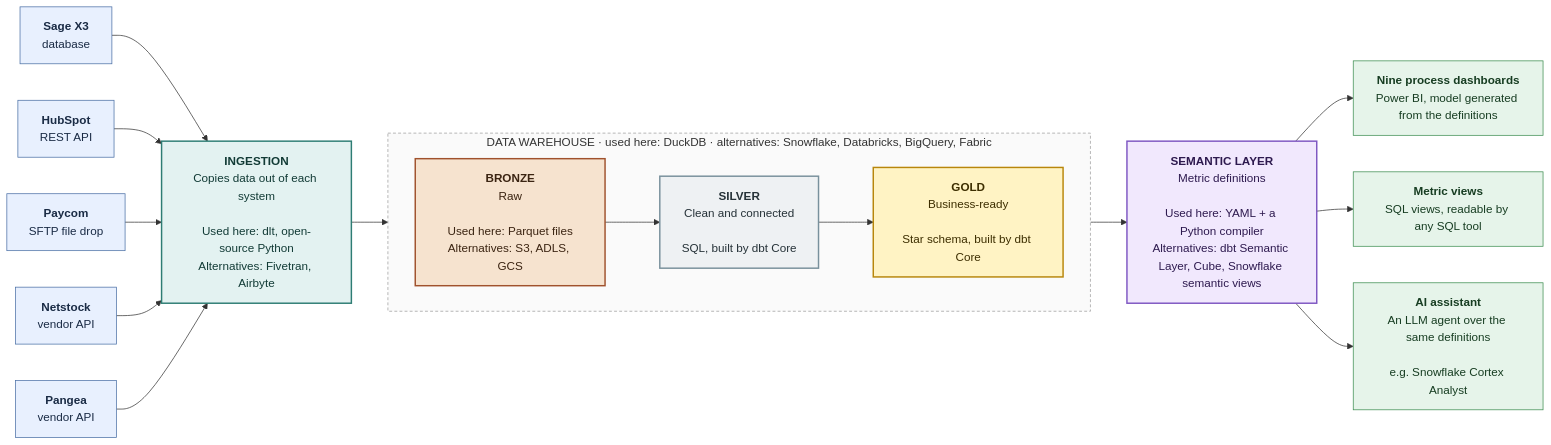
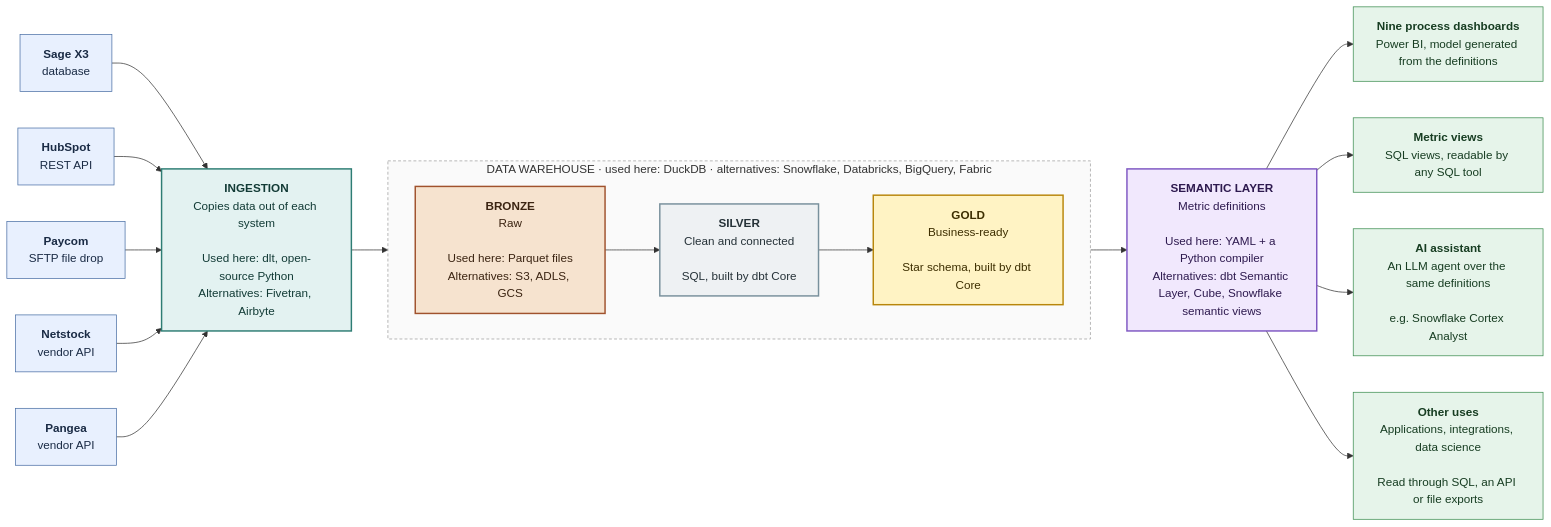
Before and after one commit to patrickmhaney/bgr_control_tower: the second of 2 diagrams in docs/architecture.md, drawn with Mermaid. The commit also changed other lines of this file, not shown here.

First line of the commit message:
Show other uses of the shared data in the architecture overviews

````diff
--- a/docs/architecture.md
+++ b/docs/architecture.md
@@ -56,43 +60,44 @@
 ```mermaid
 flowchart LR
     x3["<b>Sage X3</b><br/>database"]
     hs["<b>HubSpot</b><br/>REST API"]
     pc["<b>Paycom</b><br/>SFTP file drop"]
     ns["<b>Netstock</b><br/>vendor API"]
     pg["<b>Pangea</b><br/>vendor API"]
 
     ing["<b>INGESTION</b><br/>Copies data out of each system<br/><br/>Used here: dlt, open-source Python<br/>Alternatives: Fivetran, Airbyte"]
 
     subgraph WH["DATA WAREHOUSE · used here: DuckDB · alternatives: Snowflake, Databricks, BigQuery, Fabric"]
         direction LR
         bronze["<b>BRONZE</b><br/>Raw<br/><br/>Used here: Parquet files<br/>Alternatives: S3, ADLS, GCS"]
         silver["<b>SILVER</b><br/>Clean and connected<br/><br/>SQL, built by dbt Core"]
         gold["<b>GOLD</b><br/>Business-ready<br/><br/>Star schema, built by dbt Core"]
     end
 
     sem["<b>SEMANTIC LAYER</b><br/>Metric definitions<br/><br/>Used here: YAML + a Python compiler<br/>Alternatives: dbt Semantic Layer, Cube, Snowflake semantic views"]
 
     dash["<b>Nine process dashboards</b><br/>Power BI, model generated from the definitions"]
     views["<b>Metric views</b><br/>SQL views, readable by any SQL tool"]
     ai["<b>AI assistant</b><br/>An LLM agent over the same definitions<br/><br/>e.g. Snowflake Cortex Analyst"]
+    more["<b>Other uses</b><br/>Applications, integrations, data science<br/><br/>Read through SQL, an API or file exports"]
 
     x3 & hs & pc & ns & pg --> ing --> bronze --> silver --> gold --> sem
-    sem --> dash & views & ai
+    sem --> dash & views & ai & more
 
     classDef src fill:#e8f0fe,stroke:#4a6fa5,color:#1a2b45
     classDef ing fill:#e3f2f1,stroke:#2e7d74,stroke-width:2px,color:#123b36
     classDef bronze fill:#f6e3cf,stroke:#a0522d,stroke-width:2px,color:#3b2412
     classDef silver fill:#eef1f3,stroke:#78909c,stroke-width:2px,color:#263238
     classDef gold fill:#fff3c4,stroke:#b8860b,stroke-width:2px,color:#3d2e00
     classDef sem fill:#f1e8fd,stroke:#7e57c2,stroke-width:2px,color:#2e1a4f
     classDef use fill:#e6f4ea,stroke:#3c8d50,color:#173d22
 
     class x3,hs,pc,ns,pg src
     class ing ing
     class bronze bronze
     class silver silver
     class gold gold
     class sem sem
-    class dash,views,ai use
+    class dash,views,ai,more use
     style WH fill:#fafafa,stroke:#9e9e9e,stroke-dasharray:4 3,color:#333
 ```
````
